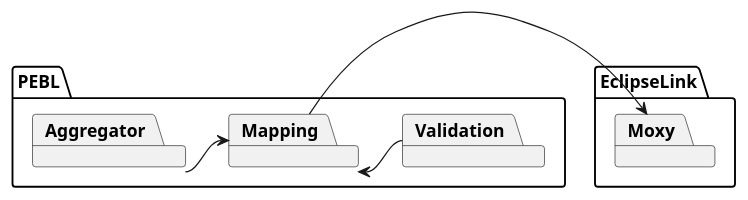
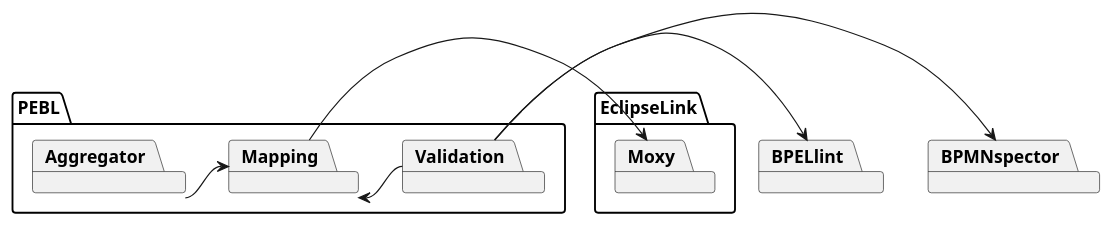
Before and after one commit to uniba-dsg/betsy: the diagram in pebl/doc/architecture.puml, drawn with PlantUML.

Commit message:
PEBL validation done through BPELlint and BPMNspector in theory.

```diff
--- a/pebl/doc/architecture.puml
+++ b/pebl/doc/architecture.puml
@@ -1,24 +1,28 @@
 @startuml
 
 package PEBL {
 	package Mapping
 	package Aggregator
 	package Validation
 }
 
 package EclipseLink {
 	package Moxy
 }
 
+package BPELlint
+package BPMNspector
 Mapping -> Moxy
 
 Aggregator -> Mapping
 Validation -left-> Mapping
+Validation -> BPELlint
+Validation -> BPMNspector
 hide empty members
 hide empty methods
 hide circle
 
 skinparam monochrome true
 skinparam shadowing false
 skinparam packageStyle rect
 @enduml
```
